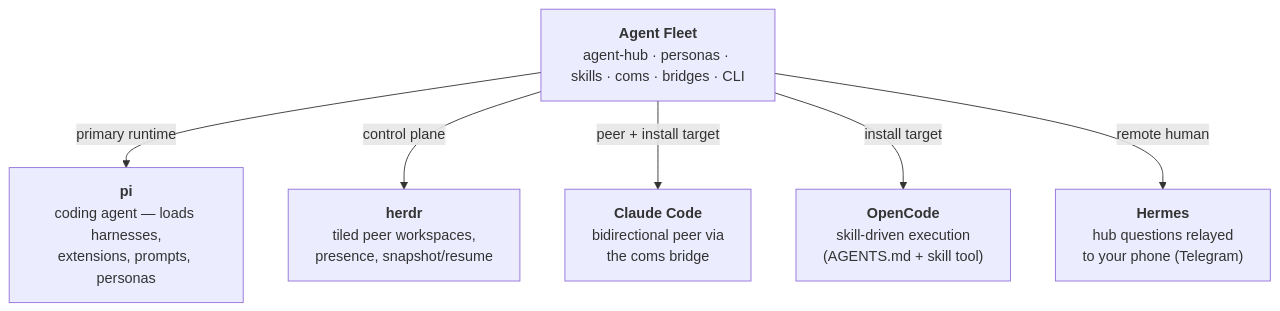
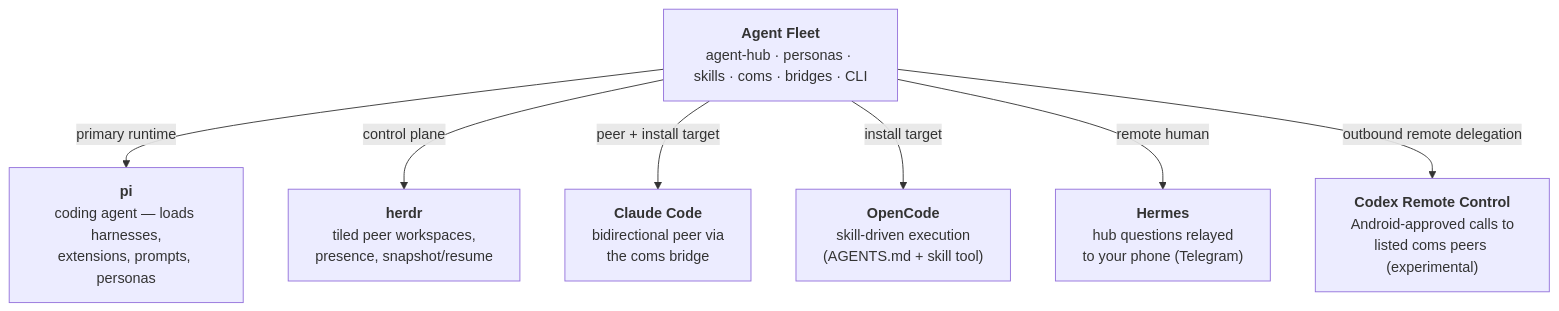
Before and after one commit to chankov/agent-fleet: the second of 2 diagrams in docs/ARCHITECTURE.md, drawn with Mermaid. The commit also changed other lines of this file and 35 other files, not shown here.

First line of the commit message:
feat: Enhance Codex remote control with runtime directory support and workspace management

````diff
--- a/docs/ARCHITECTURE.md
+++ b/docs/ARCHITECTURE.md
@@ -80,9 +81,10 @@
 ```mermaid
 flowchart TD
     AF["<b>Agent Fleet</b><br/>agent-hub · personas · skills · coms · bridges · CLI"]
     AF -->|primary runtime| PI["<b>pi</b><br/>coding agent — loads harnesses,<br/>extensions, prompts, personas"]
     AF -->|control plane| HERDR["<b>herdr</b><br/>tiled peer workspaces,<br/>presence, snapshot/resume"]
     AF -->|peer + install target| CC["<b>Claude Code</b><br/>bidirectional peer via<br/>the coms bridge"]
     AF -->|install target| OC["<b>OpenCode</b><br/>skill-driven execution<br/>(AGENTS.md + skill tool)"]
     AF -->|remote human| HERMES["<b>Hermes</b><br/>hub questions relayed<br/>to your phone (Telegram)"]
+    AF -->|outbound remote delegation| CODEX["<b>Codex Remote Control</b><br/>Android-approved calls to<br/>listed coms peers (experimental)"]
 ```
````
